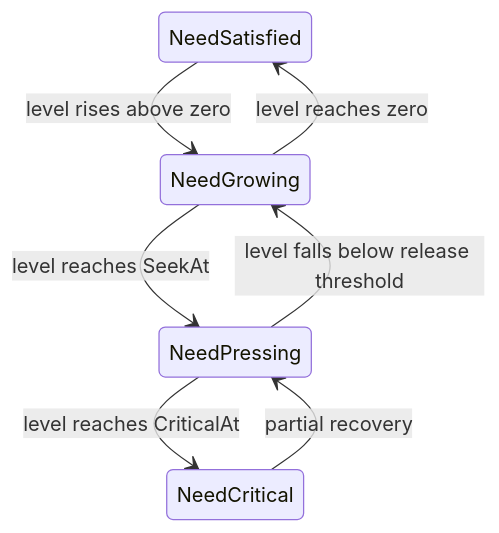
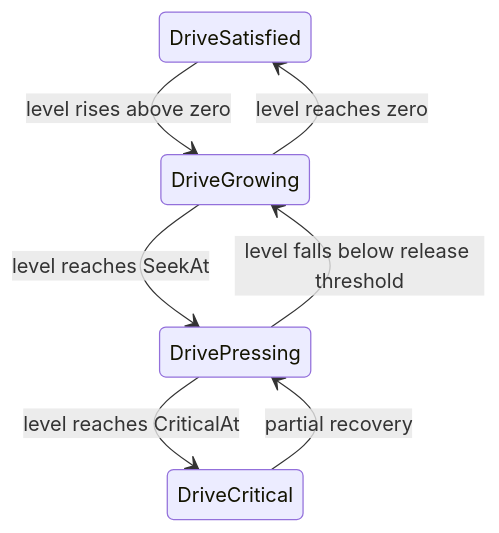
Before and after one commit to KevinMcHugh/mars-sim: the second of 2 diagrams in docs/cascading_wsts_architecture.md, drawn with Mermaid. The commit also changed other lines of this file and 83 other files, not shown here.

First line of the commit message:
Drives: rename needs to drives, and give each one a Consequence

````diff
--- a/docs/cascading_wsts_architecture.md
+++ b/docs/cascading_wsts_architecture.md
@@ -189,9 +189,9 @@
 ```mermaid
 stateDiagram-v2
-    NeedSatisfied --> NeedGrowing: level rises above zero
-    NeedGrowing --> NeedPressing: level reaches SeekAt
-    NeedPressing --> NeedCritical: level reaches CriticalAt
-    NeedCritical --> NeedPressing: partial recovery
-    NeedPressing --> NeedGrowing: level falls below release threshold
-    NeedGrowing --> NeedSatisfied: level reaches zero
+    DriveSatisfied --> DriveGrowing: level rises above zero
+    DriveGrowing --> DrivePressing: level reaches SeekAt
+    DrivePressing --> DriveCritical: level reaches CriticalAt
+    DriveCritical --> DrivePressing: partial recovery
+    DrivePressing --> DriveGrowing: level falls below release threshold
+    DriveGrowing --> DriveSatisfied: level reaches zero
 ```
````
